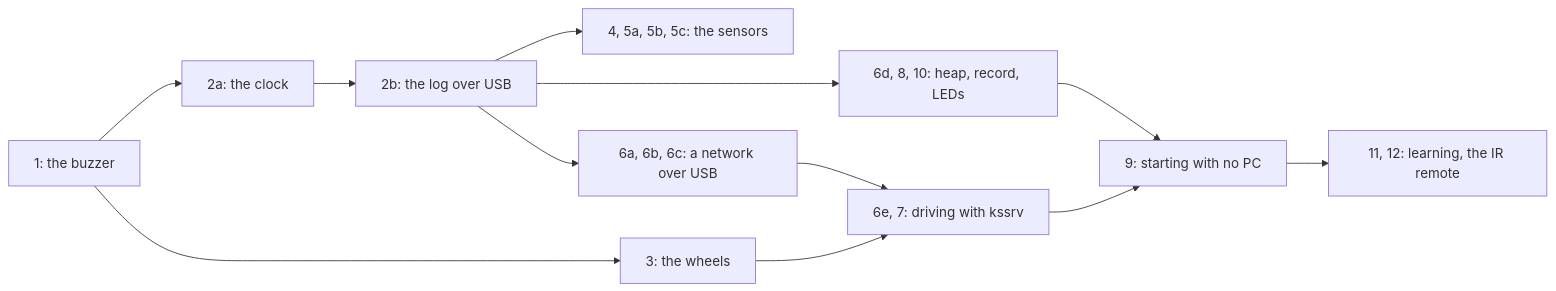
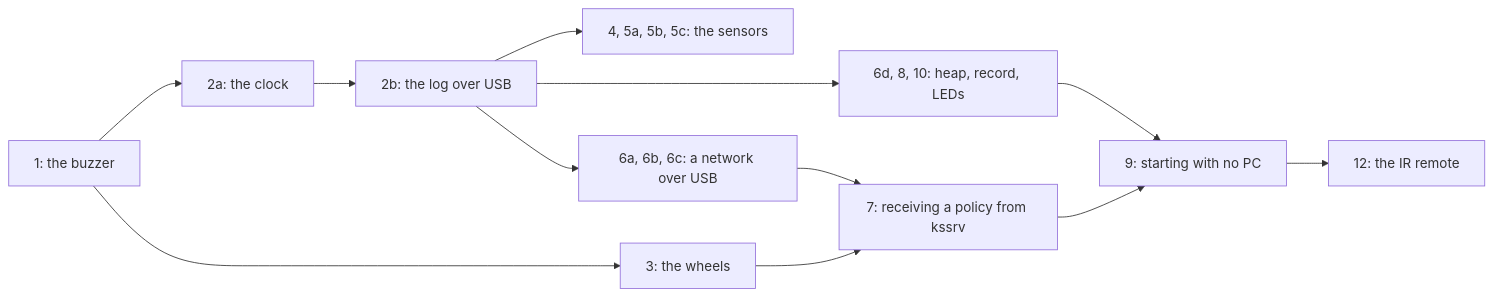
One commit to kansosystem-org/kspl-experimental changed the first of 3 diagrams in ksos/docs/HOWTO-bring-up.md. Above: the diagram before and after it, drawn with Mermaid. The commit also changed other lines of this file and 310 other files, not shown here.

````diff
--- a/ksos/docs/HOWTO-bring-up.md
+++ b/ksos/docs/HOWTO-bring-up.md
@@ -63,14 +63,14 @@
 ```mermaid
 flowchart LR
     S1["1: the buzzer"] --> S2a["2a: the clock"]
     S1 --> S3["3: the wheels"]
     S2a --> S2b["2b: the log over USB"]
     S2b --> S4["4, 5a, 5b, 5c: the sensors"]
     S2b --> B["6d, 8, 10: heap, record, LEDs"]
     S2b --> N["6a, 6b, 6c: a network over USB"]
-    N --> D["6e, 7: driving with kssrv"]
+    N --> D["7: receiving a policy from kssrv"]
     S3 --> D
     D --> S9["9: starting with no PC"]
     B --> S9
-    S9 --> L["11, 12: learning, the IR remote"]
+    S9 --> L["12: the IR remote"]
 ```
````
